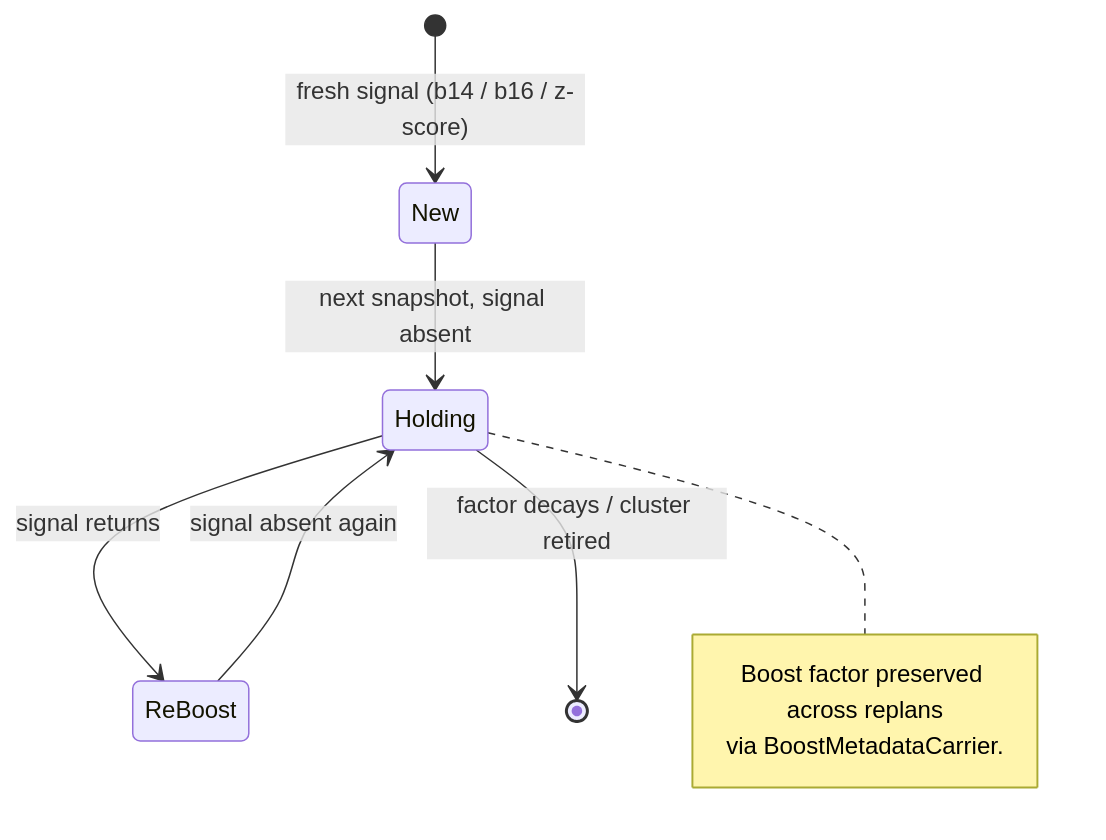
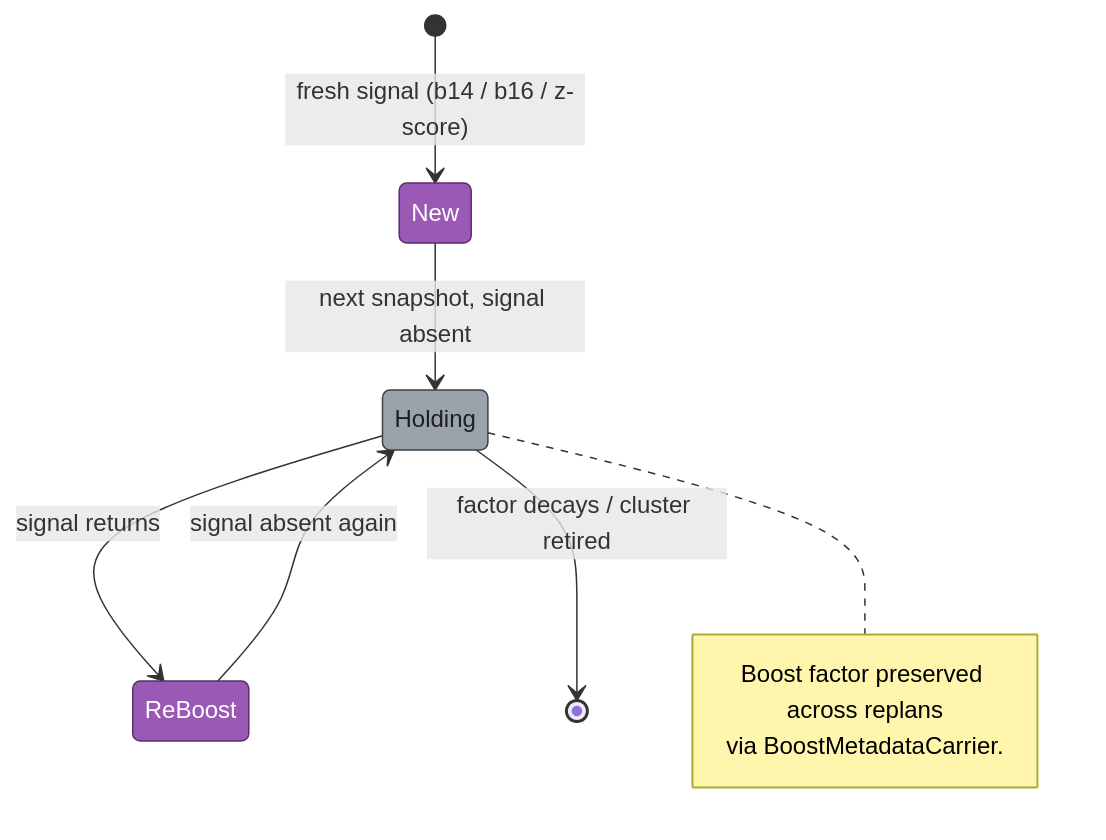
The third of 3 diagrams in README.md (albertols/spark-cluster-job-tuner), drawn with Mermaid before and after one commit. The commit also changed other lines of this file and 29 other files, not shown here.

````diff
--- a/README.md
+++ b/README.md
@@ -104,12 +129,17 @@
 ```mermaid
 stateDiagram-v2
   [*] --> New: fresh signal (b14 / b16 / z-score)
   New --> Holding: next snapshot, signal absent
   Holding --> ReBoost: signal returns
   ReBoost --> Holding: signal absent again
   Holding --> [*]: factor decays / cluster retired
   note right of Holding
     Boost factor preserved across replans
     via BoostMetadataCarrier.
   end note
+
+  classDef stateActive  fill:#9b59b6,stroke:#5a2d6e,color:#fff
+  classDef stateIdle    fill:#9aa2ab,stroke:#3a4046,color:#1d1f23
+  class New,ReBoost stateActive
+  class Holding stateIdle
 ```
````
